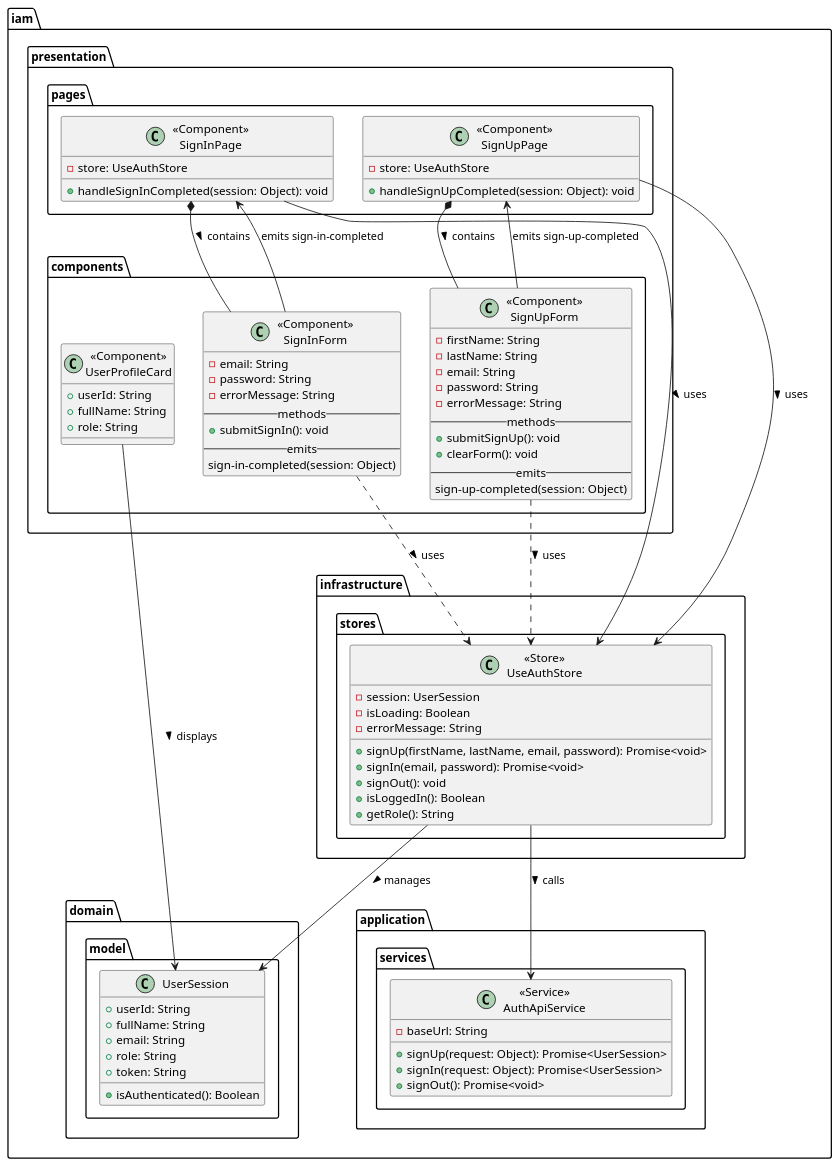
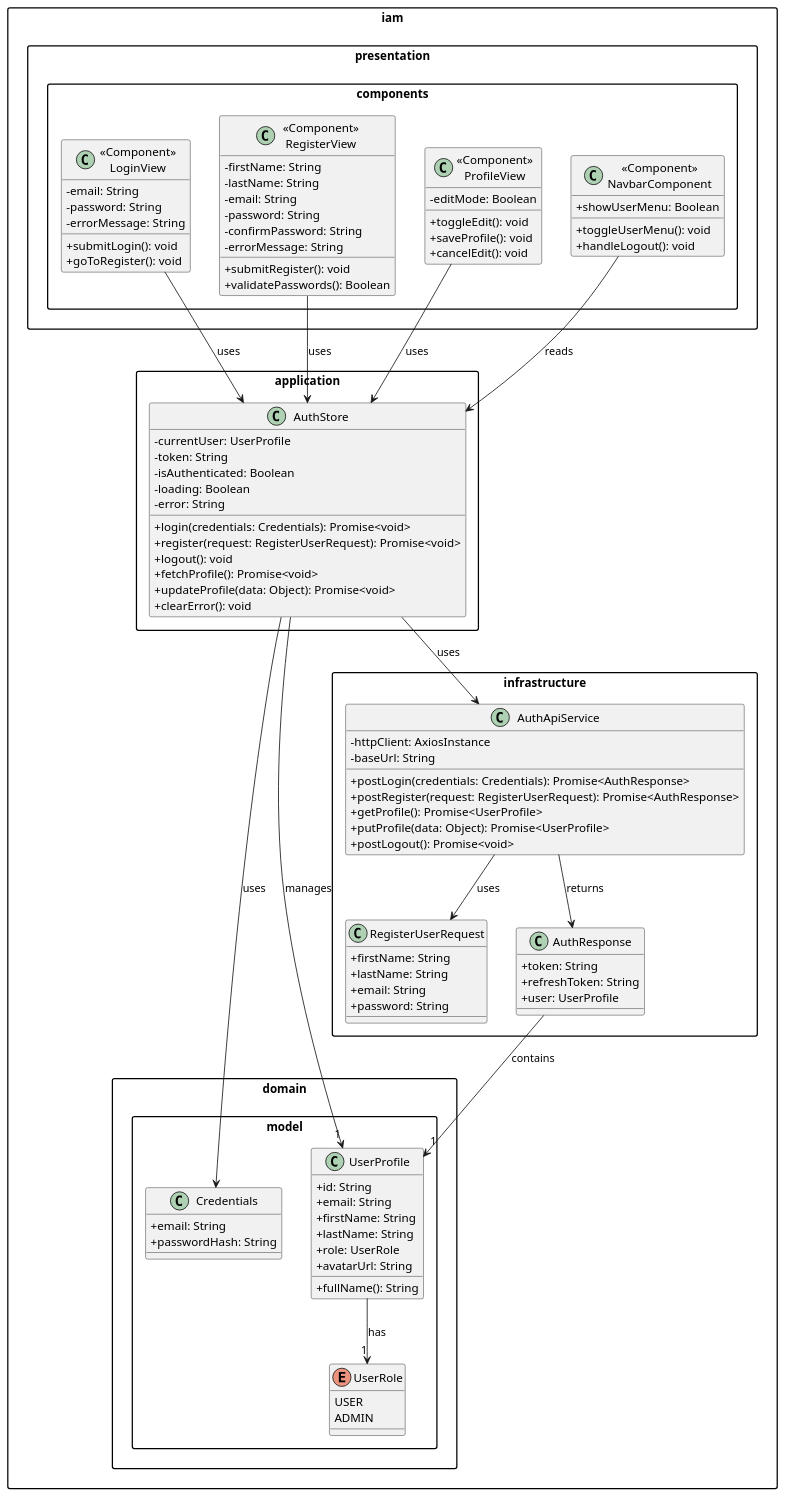
One commit to upc-pre-202610-1asi0730-12053-nutrisens/nutrisense-report changed the diagram in docs/class-diagrams/frontend/iam.puml. Above: the diagram before and after it, drawn with PlantUML. The commit also changed 13 other files, not shown here.

Commit message:
docs(class-diagrams): change class diagrams

```diff
--- a/docs/class-diagrams/frontend/iam.puml
+++ b/docs/class-diagrams/frontend/iam.puml
@@ -1,96 +1,119 @@
-@startuml NutriSense - IAM Frontend (Vue)
+@startuml NutriSense - IAM Frontend Class Diagram
+
+skinparam packageStyle rectangle
+skinparam classAttributeIconSize 0
 
 package "iam" {
 
   package "domain.model" {
-    class UserSession {
-      +userId: String
-      +fullName: String
+    class UserProfile {
+      +id: String
       +email: String
-      +role: String
-      +token: String
-      +isAuthenticated(): Boolean
+      +firstName: String
+      +lastName: String
+      +role: UserRole
+      +avatarUrl: String
+      +fullName(): String
+    }
+
+    class Credentials {
+      +email: String
+      +passwordHash: String
+    }
+
+    enum UserRole {
+      USER
+      ADMIN
     }
   }
 
-  package "application.services" {
-    class "«Service»\nAuthApiService" as AuthApiService {
-      -baseUrl: String
-      +signUp(request: Object): Promise<UserSession>
-      +signIn(request: Object): Promise<UserSession>
-      +signOut(): Promise<void>
+  package "application" {
+    class AuthStore {
+      -currentUser: UserProfile
+      -token: String
+      -isAuthenticated: Boolean
+      -loading: Boolean
+      -error: String
+      +login(credentials: Credentials): Promise<void>
+      +register(request: RegisterUserRequest): Promise<void>
+      +logout(): void
+      +fetchProfile(): Promise<void>
+      +updateProfile(data: Object): Promise<void>
+      +clearError(): void
     }
   }
 
-  package "infrastructure.stores" {
-    class "«Store»\nUseAuthStore" as UseAuthStore {
-      -session: UserSession
-      -isLoading: Boolean
-      -errorMessage: String
-      +signUp(firstName, lastName, email, password): Promise<void>
-      +signIn(email, password): Promise<void>
-      +signOut(): void
-      +isLoggedIn(): Boolean
-      +getRole(): String
+  package "infrastructure" {
+    class AuthApiService {
+      -httpClient: AxiosInstance
+      -baseUrl: String
+      +postLogin(credentials: Credentials): Promise<AuthResponse>
+      +postRegister(request: RegisterUserRequest): Promise<AuthResponse>
+      +getProfile(): Promise<UserProfile>
+      +putProfile(data: Object): Promise<UserProfile>
+      +postLogout(): Promise<void>
+    }
+
+    class RegisterUserRequest {
+      +firstName: String
+      +lastName: String
+      +email: String
+      +password: String
+    }
+
+    class AuthResponse {
+      +token: String
+      +refreshToken: String
+      +user: UserProfile
     }
   }
 
   package "presentation.components" {
-    class "«Component»\nSignUpForm" as SignUpForm {
+    class "«Component»\nLoginView" as LoginView {
+      -email: String
+      -password: String
+      -errorMessage: String
+      +submitLogin(): void
+      +goToRegister(): void
+    }
+
+    class "«Component»\nRegisterView" as RegisterView {
       -firstName: String
       -lastName: String
       -email: String
       -password: String
+      -confirmPassword: String
       -errorMessage: String
-      -- methods --
-      +submitSignUp(): void
-      +clearForm(): void
-      -- emits --
-      sign-up-completed(session: Object)
+      +submitRegister(): void
+      +validatePasswords(): Boolean
     }
 
-    class "«Component»\nSignInForm" as SignInForm {
-      -email: String
-      -password: String
-      -errorMessage: String
-      -- methods --
-      +submitSignIn(): void
-      -- emits --
-      sign-in-completed(session: Object)
+    class "«Component»\nProfileView" as ProfileView {
+      -editMode: Boolean
+      +toggleEdit(): void
+      +saveProfile(): void
+      +cancelEdit(): void
     }
 
-    class "«Component»\nUserProfileCard" as UserProfileCard {
-      +userId: String
-      +fullName: String
-      +role: String
+    class "«Component»\nNavbarComponent" as NavbarComponent {
+      +showUserMenu: Boolean
+      +toggleUserMenu(): void
+      +handleLogout(): void
     }
   }
-
-  package "presentation.pages" {
-    class "«Component»\nSignUpPage" as SignUpPage {
-      -store: UseAuthStore
-      +handleSignUpCompleted(session: Object): void
-    }
-
-    class "«Component»\nSignInPage" as SignInPage {
-      -store: UseAuthStore
-      +handleSignInCompleted(session: Object): void
-    }
-  }
-
 }
 
 ' Relationships
-UseAuthStore --> AuthApiService : calls >
-UseAuthStore --> UserSession : manages >
-SignUpForm ..> UseAuthStore : uses >
-SignInForm ..> UseAuthStore : uses >
-UserProfileCard --> UserSession : displays >
-SignUpPage *-- SignUpForm : contains >
-SignInPage *-- SignInForm : contains >
-SignUpPage --> UseAuthStore : uses >
-SignInPage --> UseAuthStore : uses >
-SignUpForm -up-> SignUpPage : emits sign-up-completed
-SignInForm -up-> SignInPage : emits sign-in-completed
+AuthStore --> AuthApiService : uses
+AuthStore --> UserProfile : manages "1"
+AuthStore --> Credentials : uses
+AuthApiService --> RegisterUserRequest : uses
+AuthApiService --> AuthResponse : returns
+AuthResponse --> UserProfile : contains "1"
+UserProfile --> UserRole : has "1"
+LoginView --> AuthStore : uses
+RegisterView --> AuthStore : uses
+ProfileView --> AuthStore : uses
+NavbarComponent --> AuthStore : reads
 
 @enduml
```
